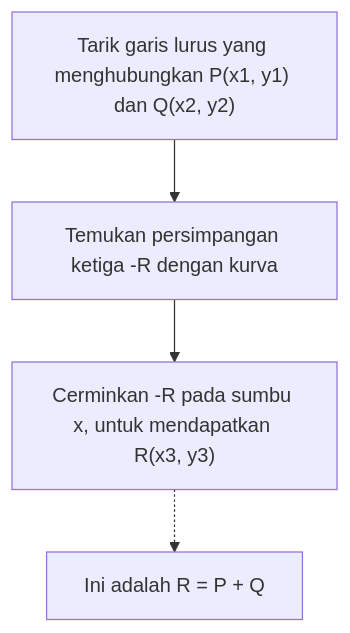
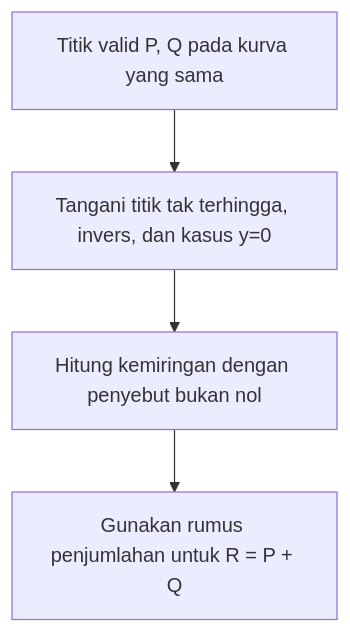
The first of 3 diagrams in content/post/楕円曲線暗号の数学的基礎とcppでの実装/index.id.md (kenjinote/blog), drawn with Mermaid before and after one commit. The commit also changed other lines of this file and 6 other files, not shown here.

````diff
--- a/content/post/楕円曲線暗号の数学的基礎とcppでの実装/index.id.md
+++ b/content/post/楕円曲線暗号の数学的基礎とcppでの実装/index.id.md
@@ -113,6 +81,6 @@
 ```mermaid
 graph TD
-    Step1["Tarik garis lurus yang menghubungkan P(x1, y1) dan Q(x2, y2)"] --> Step2["Temukan persimpangan ketiga -R dengan kurva"]
-    Step2 --> Step3["Cerminkan -R pada sumbu x, untuk mendapatkan R(x3, y3)"]
-    Step3 -.-> Result["Ini adalah R = P + Q"]
+    A["Titik valid P, Q pada kurva yang sama"] --> B["Tangani titik tak terhingga, invers, dan kasus y=0"]
+    B --> C["Hitung kemiringan dengan penyebut bukan nol"]
+    C --> D["Gunakan rumus penjumlahan untuk R = P + Q"]
 ```
````
